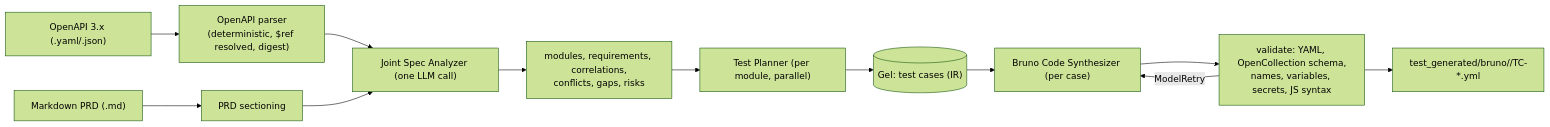
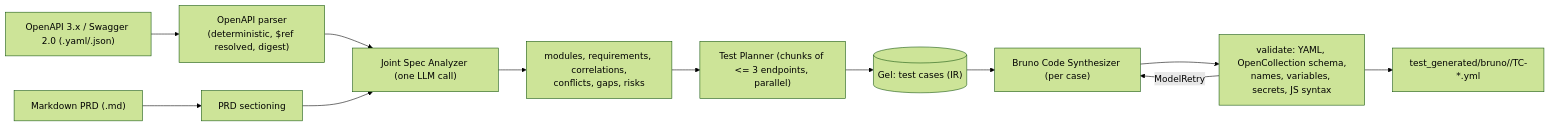
The sixth of 6 diagrams in architecture.md (altregubov/spec-run-graph), drawn with Mermaid (forest theme) before and after one commit. The commit also changed other lines of this file and 36 other files, not shown here.

````diff
--- a/architecture.md
+++ b/architecture.md
@@ -225,14 +261,14 @@
 ```mermaid
 flowchart LR
-    OAPI["OpenAPI 3.x (.yaml/.json)"] --> OParser["OpenAPI parser<br/>(deterministic, $ref resolved, digest)"]
+    OAPI["OpenAPI 3.x / Swagger 2.0 (.yaml/.json)"] --> OParser["OpenAPI parser<br/>(deterministic, $ref resolved, digest)"]
     MPRD["Markdown PRD (.md)"] --> MParser["PRD sectioning"]
     OParser --> Analyzer["Joint Spec Analyzer (one LLM call)"]
     MParser --> Analyzer
     Analyzer --> Report["modules, requirements, correlations,<br/>conflicts, gaps, risks"]
-    Report --> Planner["Test Planner (per module, parallel)"]
+    Report --> Planner["Test Planner (chunks of <= 3 endpoints, parallel)"]
     Planner --> Gel[("Gel: test cases (IR)")]
     Gel --> Synth["Bruno Code Synthesizer (per case)"]
     Synth --> Validate["validate: YAML, OpenCollection schema,<br/>names, variables, secrets, JS syntax"]
     Validate -- ModelRetry --> Synth
     Validate --> Files["test_generated/bruno/<module>/TC-*.yml"]
 ```
````
